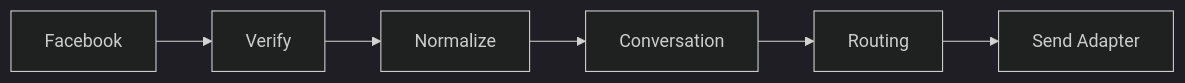
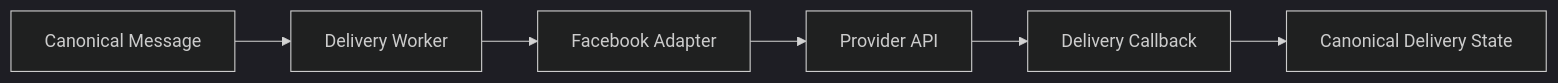
One commit to D-engahmed/OMILINKS changed the second of 2 diagrams in docs/integrations/facebook.md. Above: the diagram before and after it, drawn with Mermaid (dark theme). The commit also changed other lines of this file and 2 other files, not shown here.

Commit message:
docs: deepen instagram facebook and telegram integrations

````diff
--- a/docs/integrations/facebook.md
+++ b/docs/integrations/facebook.md
@@ -13,8 +67,8 @@
-```mermaid
+~~~mermaid
 flowchart LR
-P[Facebook] --> V[Verify]
-V --> N[Normalize]
-N --> C[Conversation]
-C --> R[Routing]
-R --> S[Send Adapter]
-```
+MESSAGE[Canonical Message] --> WORKER[Delivery Worker]
+WORKER --> ADAPTER[Facebook Adapter]
+ADAPTER --> PROVIDER[Provider API]
+PROVIDER --> CALLBACK[Delivery Callback]
+CALLBACK --> STATE[Canonical Delivery State]
+~~~
````
